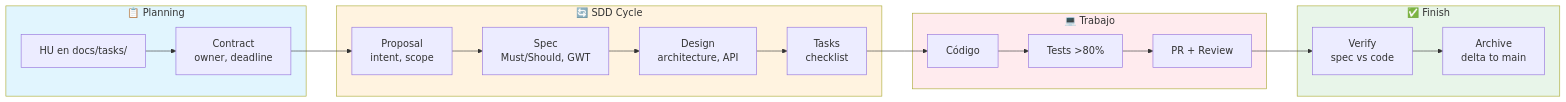
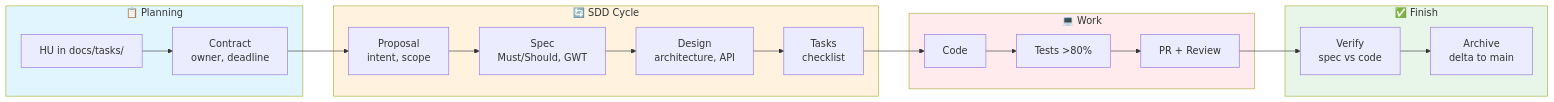
The second of 7 diagrams in docs/architecture-diagram.md (crhistianmdz/FlowDocs), drawn with Mermaid before and after one commit. The commit also changed other lines of this file and 81 other files, not shown here.

First line of the commit message:
feat: add FlowDoc adoption checklist and update legacy migration guide

````diff
--- a/docs/architecture-diagram.md
+++ b/docs/architecture-diagram.md
@@ -83,41 +83,41 @@
 ```mermaid
 graph LR
     subgraph PLANNING["📋 Planning"]
-        HU[HU en docs/tasks/]
+        HU[HU in docs/tasks/]
         CONTRACT[Contract<br/>owner, deadline]
     end
 
     subgraph SDD["🔄 SDD Cycle"]
         PROPOSAL[Proposal<br/>intent, scope]
         SPEC[Spec<br/>Must/Should, GWT]
         DESIGN[Design<br/>architecture, API]
         TASKS[Tasks<br/>checklist]
     end
 
-    subgraph WORK["💻 Trabajo"]
-        CODE[Código]
+    subgraph WORK["💻 Work"]
+        CODE[Code]
         TESTS[Tests >80%]
         PR[PR + Review]
     end
 
     subgraph FINISH["✅ Finish"]
         VERIFY[Verify<br/>spec vs code]
         ARCHIVE[Archive<br/>delta to main]
     end
 
     HU --> CONTRACT
     CONTRACT --> PROPOSAL
     PROPOSAL --> SPEC
     SPEC --> DESIGN
     DESIGN --> TASKS
     TASKS --> CODE
     CODE --> TESTS
     TESTS --> PR
     PR --> VERIFY
     VERIFY --> ARCHIVE
 
     style PLANNING fill:#e1f5fe
     style SDD fill:#fff3e0
     style WORK fill:#ffebee
     style FINISH fill:#e8f5e9
 ```
````
